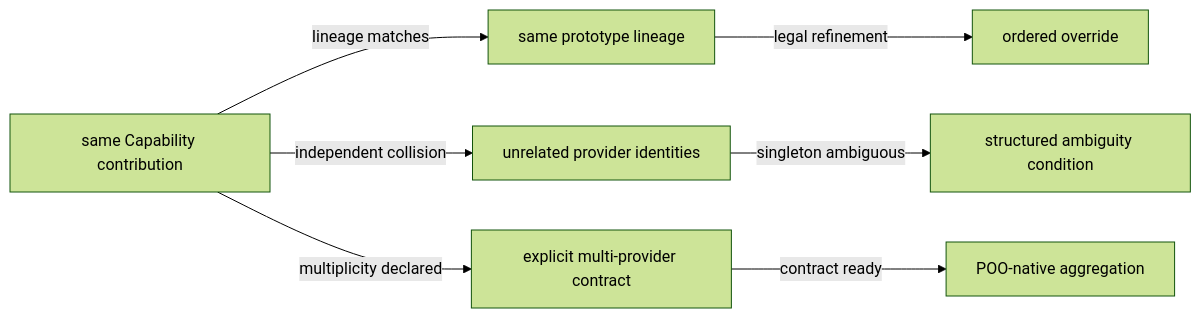
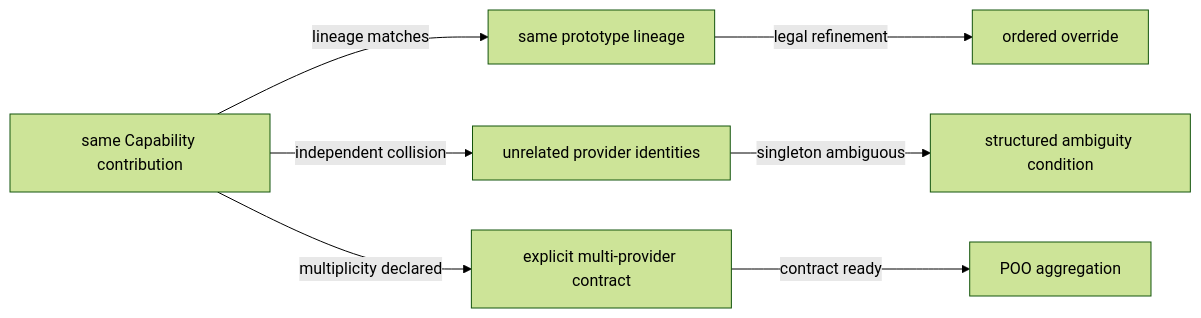
Before and after one commit to tao3k/gebril-yuanxu: the first of 9 diagrams in module-system/design/45-19-capability-ambiguity-resolution-overlay-and-replay.org, drawn with Mermaid (forest theme). The commit also changed other lines of this file and 1469 other files, not shown here.

```diff
--- a/module-system/design/45-19-capability-ambiguity-resolution-overlay-and-replay.org
+++ b/module-system/design/45-19-capability-ambiguity-resolution-overlay-and-replay.org
@@ -26,17 +26,17 @@
 #+begin_src mermaid
 flowchart LR
     C["same Capability contribution"]
     L["same prototype lineage"]
     U["unrelated provider identities"]
     M["explicit multi-provider contract"]
     O["ordered override"]
     E["structured ambiguity condition"]
-    A["POO-native aggregation"]
+    A["POO aggregation"]
 
     C -->|"lineage matches"| L
     C -->|"independent collision"| U
     C -->|"multiplicity declared"| M
     L -->|"legal refinement"| O
     U -->|"singleton ambiguous"| E
     M -->|"contract ready"| A
 #+end_src
```
